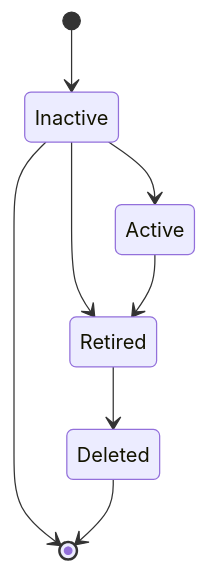
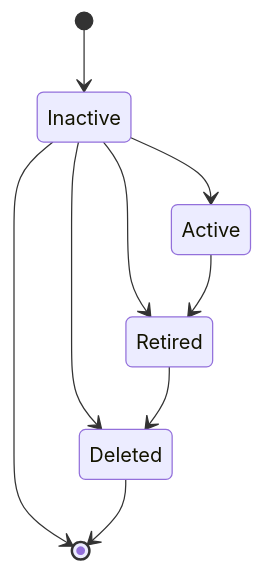
Before and after one commit to zalyoung/gitlab-handbook: the diagram in content/handbook/engineering/architecture/design-documents/encryption_keys_rotation/_index.md, drawn with Mermaid. The commit also changed other lines of this file, not shown here.

````diff
--- a/content/handbook/engineering/architecture/design-documents/encryption_keys_rotation/_index.md
+++ b/content/handbook/engineering/architecture/design-documents/encryption_keys_rotation/_index.md
@@ -134,10 +144,11 @@
 ```mermaid
 stateDiagram-v2
     [*] --> Inactive
     Inactive --> [*]
     Inactive --> Active
     Inactive --> Retired
+    Inactive --> Deleted
     Active --> Retired
     Retired --> Deleted
     Deleted --> [*]
 ```
````
